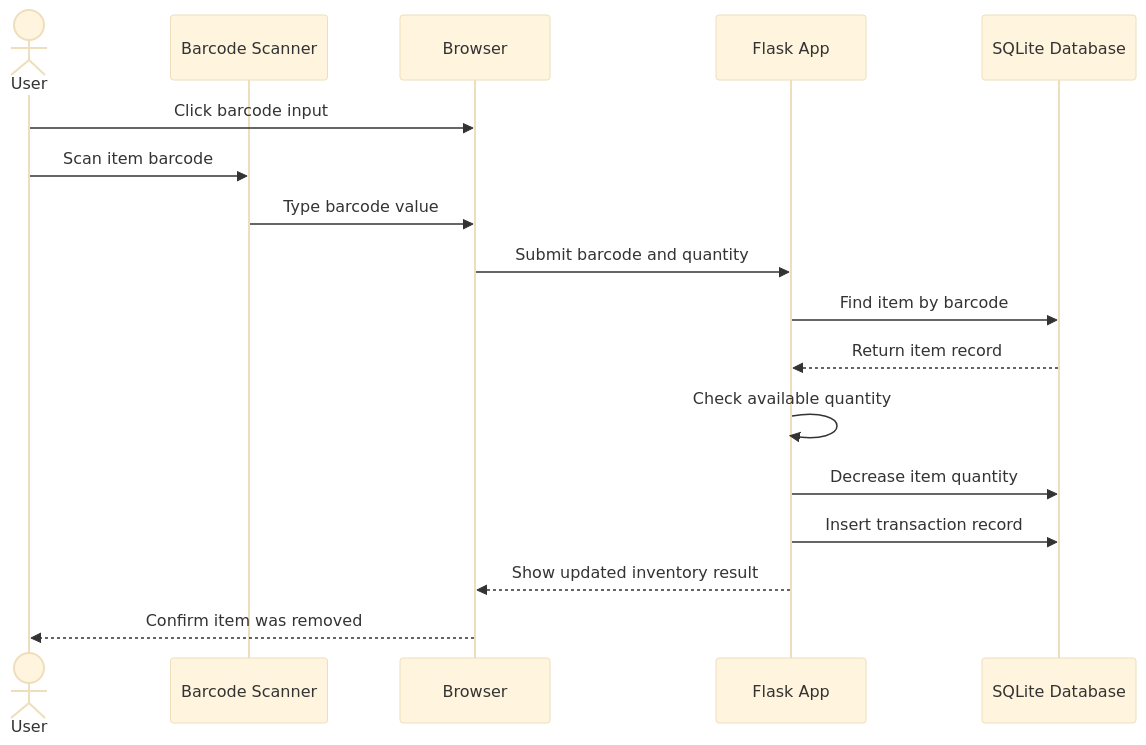
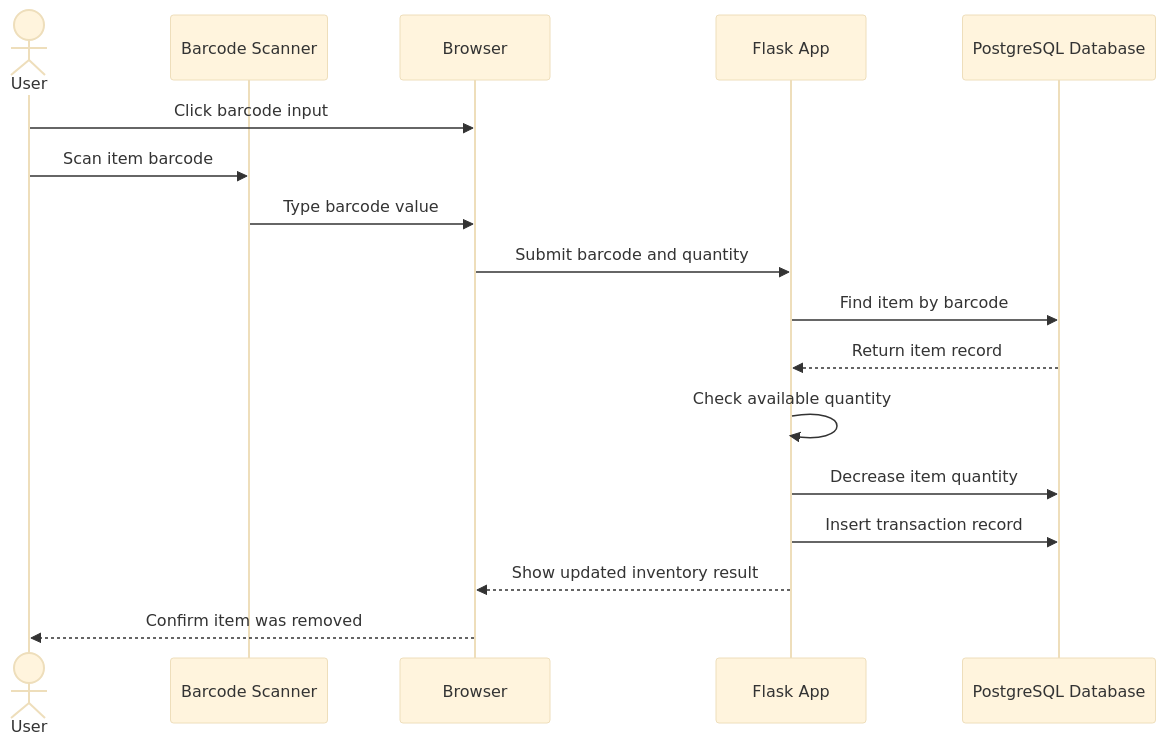
The seventh of 11 diagrams in design_docx/SYSTEM_DIAGRAMS.md (CS22M105/inventory_management_system), drawn with Mermaid (base theme) before and after one commit. The commit also changed other lines of this file and 6 other files, not shown here.

Commit message:
docs: replace SQLite references with PostgreSQL to match code

````diff
--- a/design_docx/SYSTEM_DIAGRAMS.md
+++ b/design_docx/SYSTEM_DIAGRAMS.md
@@ -230,20 +230,20 @@
 ```mermaid
 sequenceDiagram
     actor User
     participant Scanner as Barcode Scanner
     participant Browser
     participant FlaskApp as Flask App
-    participant Database as SQLite Database
+    participant Database as PostgreSQL Database
 
     User->>Browser: Click barcode input
     User->>Scanner: Scan item barcode
     Scanner->>Browser: Type barcode value
     Browser->>FlaskApp: Submit barcode and quantity
     FlaskApp->>Database: Find item by barcode
     Database-->>FlaskApp: Return item record
     FlaskApp->>FlaskApp: Check available quantity
     FlaskApp->>Database: Decrease item quantity
     FlaskApp->>Database: Insert transaction record
     FlaskApp-->>Browser: Show updated inventory result
     Browser-->>User: Confirm item was removed
 ```
````
